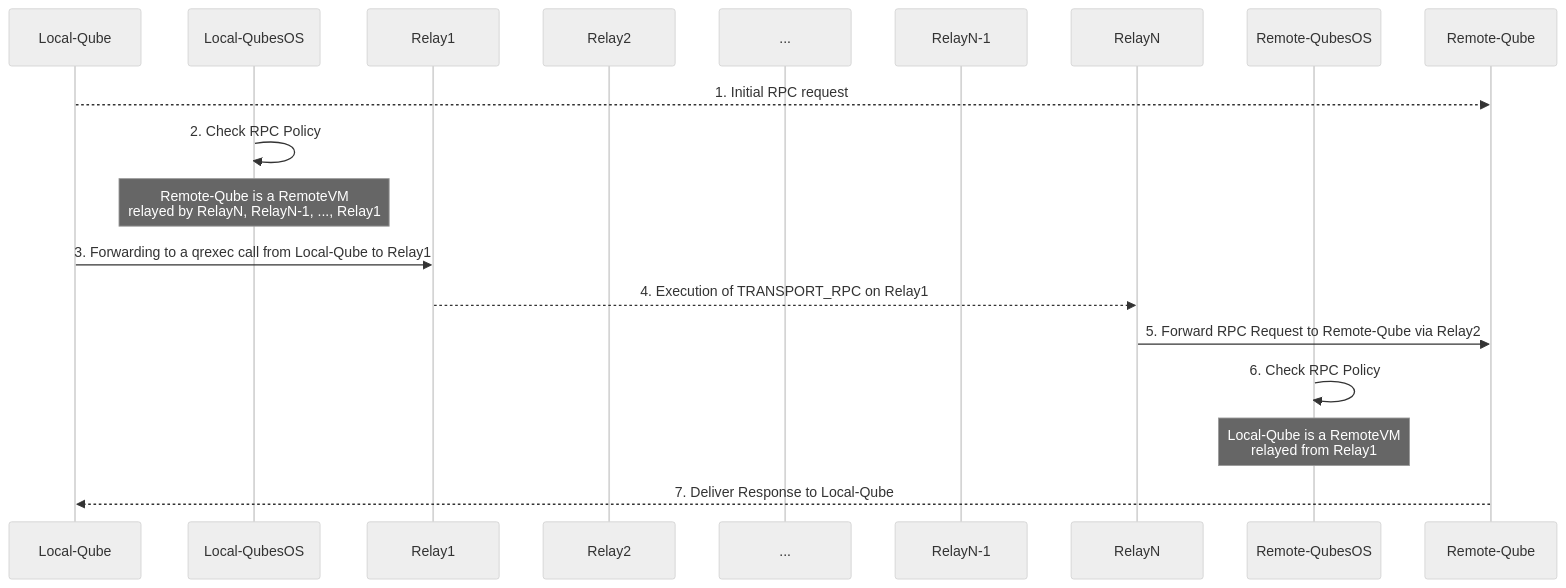
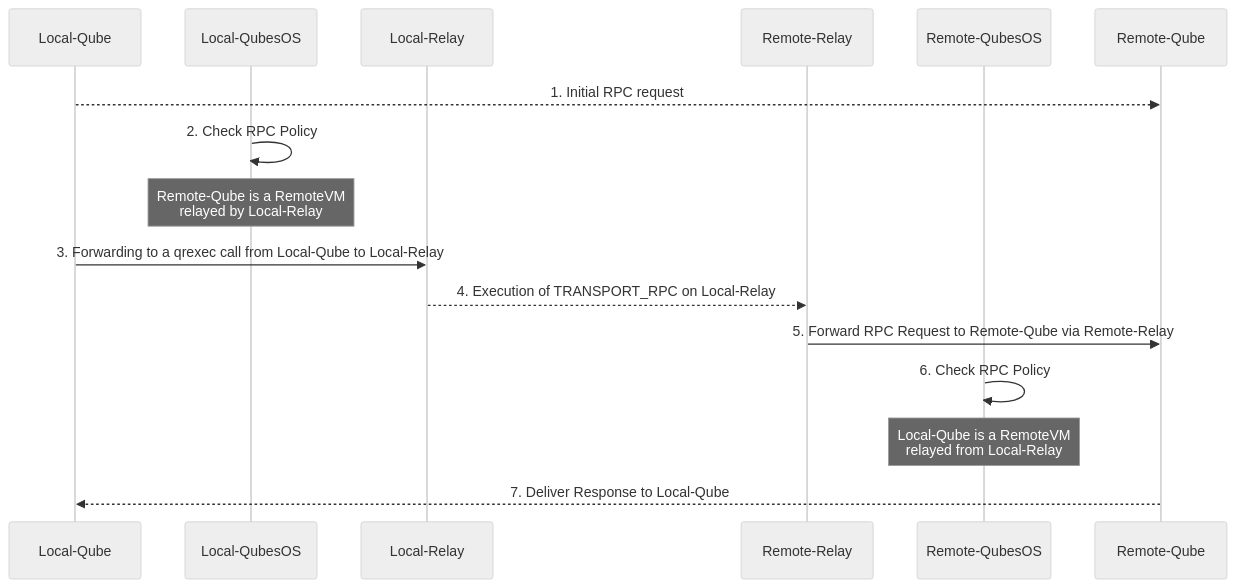
The second of 3 diagrams in doc.md (fepitre/qubes-air), drawn with Mermaid (neutral theme) before and after one commit. The commit also changed other lines of this file and 4 other files, not shown here.

````diff
--- a/doc.md
+++ b/doc.md
@@ -157,22 +129,19 @@
 ```mermaid
 sequenceDiagram
     participant LocalQube as Local-Qube
     participant LocalQubesOS as Local-QubesOS
-    participant Relay1
-    participant Relay2
-    participant relayinter as ...
-    participant RelayNM1 as RelayN-1
-    participant RelayN
+    participant LocalRelay as Local-Relay
+    participant RemoteRelay as Remote-Relay
     participant RemoteQubesOS as Remote-QubesOS
     participant RemoteQube as Remote-Qube
 
     LocalQube-->>RemoteQube: 1. Initial RPC request
     LocalQubesOS->>LocalQubesOS: 2. Check RPC Policy
-    Note over LocalQubesOS: Remote-Qube is a RemoteVM<br>relayed by RelayN, RelayN-1, ..., Relay1
-    LocalQube->>Relay1: 3. Forwarding to a qrexec call from Local-Qube to Relay1
-    Relay1-->>RelayN: 4. Execution of TRANSPORT_RPC on Relay1
-    RelayN->>RemoteQube: 5. Forward RPC Request to Remote-Qube via Relay2
+    Note over LocalQubesOS: Remote-Qube is a RemoteVM<br>relayed by Local-Relay
+    LocalQube->>LocalRelay: 3. Forwarding to a qrexec call from Local-Qube to Local-Relay
+    LocalRelay-->>RemoteRelay: 4. Execution of TRANSPORT_RPC on Local-Relay
+    RemoteRelay->>RemoteQube: 5. Forward RPC Request to Remote-Qube via Remote-Relay
     RemoteQubesOS->>RemoteQubesOS: 6. Check RPC Policy
-    Note over RemoteQubesOS: Local-Qube is a RemoteVM<br>relayed from Relay1
+    Note over RemoteQubesOS: Local-Qube is a RemoteVM<br>relayed from Local-Relay
     RemoteQube-->>LocalQube: 7. Deliver Response to Local-Qube
 ```
````
